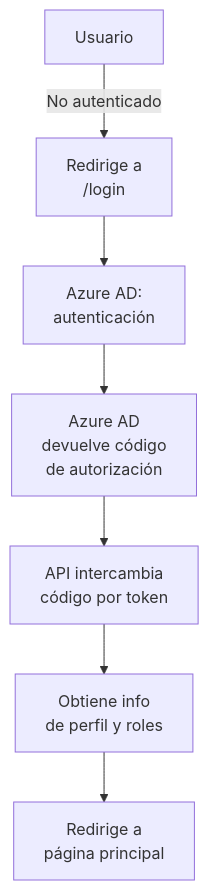
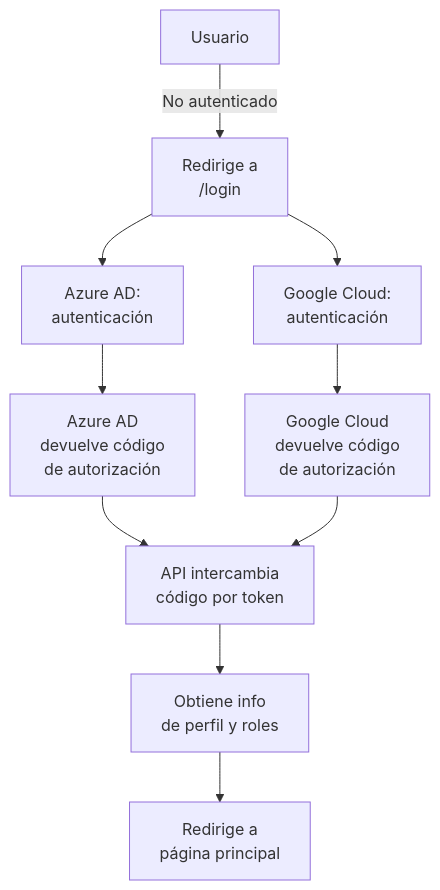
One commit to UPT-FAING-EPIS/proyecto-si8811a-2024-ii-u1-apis-y-funciones-meza-y-churacutipa changed the first of 2 diagrams in README.md. Above: the diagram before and after it, drawn with Mermaid. The commit also changed other lines of this file, not shown here.

````diff
--- a/README.md
+++ b/README.md
@@ -30,9 +30,13 @@
 ```mermaid
 graph TD
     A[Usuario] -->|No autenticado| B[Redirige a<br>/login]
     B --> C[Azure AD:<br> autenticación]
+    B --> H[Google Cloud:<br> autenticación]
     C --> D[Azure AD<br>devuelve código<br>de autorización]
+    H --> I[Google Cloud<br>devuelve código<br>de autorización]
     D --> E[API intercambia<br>código por token]
+    I --> E
     E --> F[Obtiene info<br>de perfil y roles]
     F --> G[Redirige a<br>página principal]
+
 ```
````
